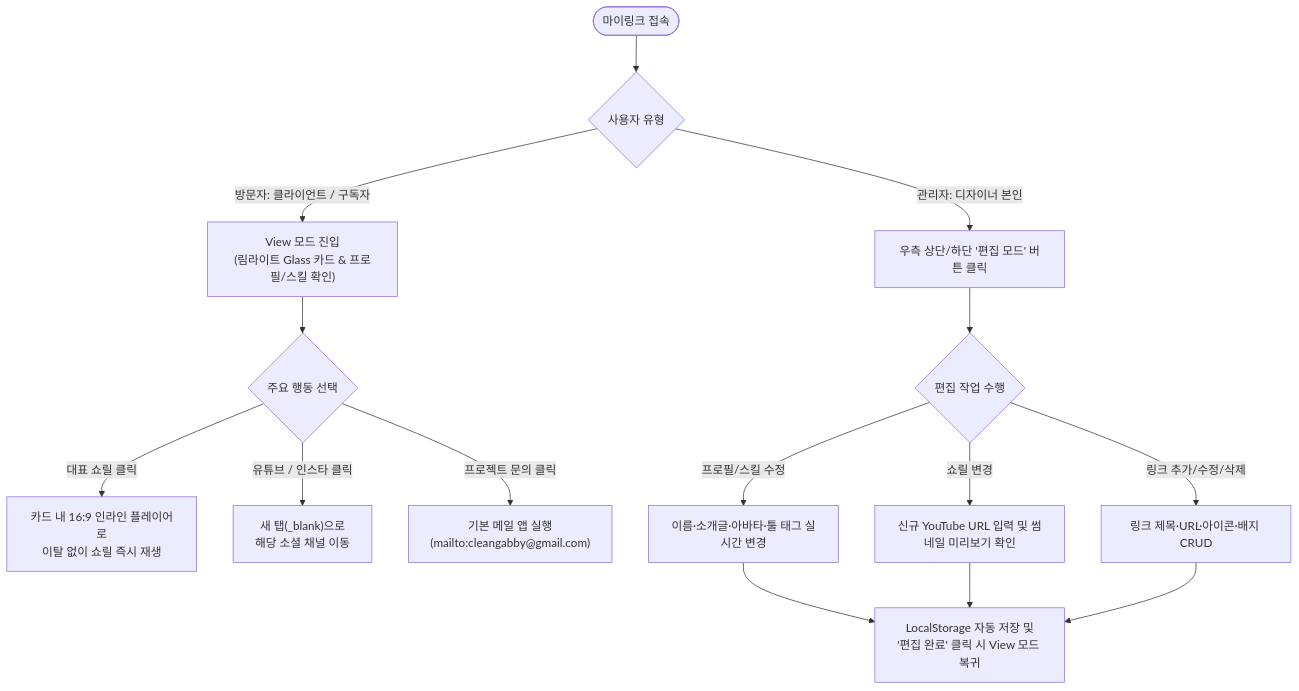
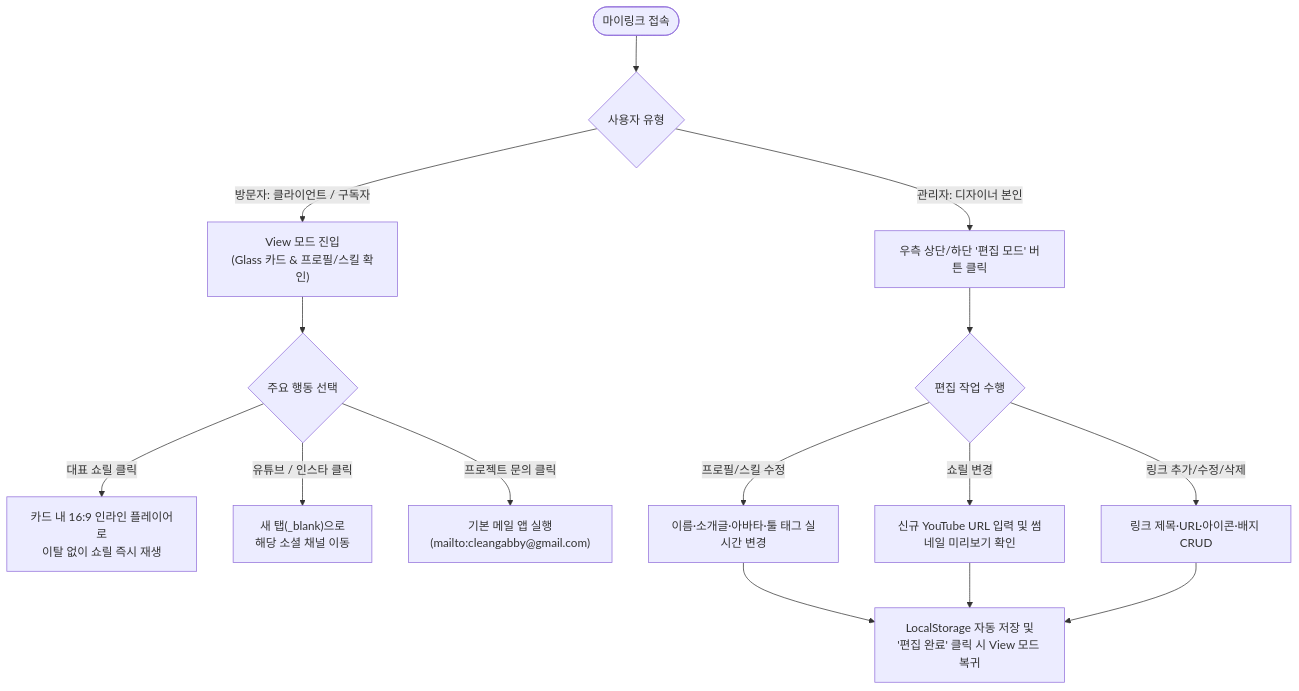
Before and after one commit to SuperSlowStarter/my-link: the second of 2 diagrams in PRD.md, drawn with Mermaid. The commit also changed other lines of this file and 33 other files, not shown here.

````diff
--- a/PRD.md
+++ b/PRD.md
@@ -176,19 +272,19 @@
 ```mermaid
 flowchart TD
   Start(["마이링크 접속"]) --> Role{"사용자 유형"}
 
   %% 방문자 흐름
-  Role -->|방문자: 클라이언트 / 구독자| View["View 모드 진입<br/>(림라이트 Glass 카드 & 프로필/스킬 확인)"]
+  Role -->|방문자: 클라이언트 / 구독자| View["View 모드 진입<br/>(Glass 카드 & 프로필/스킬 확인)"]
   View --> Action{"주요 행동 선택"}
   Action -->|대표 쇼릴 클릭| Play["카드 내 16:9 인라인 플레이어로<br/>이탈 없이 쇼릴 즉시 재생"]
   Action -->|유튜브 / 인스타 클릭| External["새 탭(_blank)으로<br/>해당 소셜 채널 이동"]
   Action -->|프로젝트 문의 클릭| Mail["기본 메일 앱 실행<br/>(mailto:cleangabby@gmail.com)"]
 
   %% 관리자 흐름
   Role -->|관리자: 디자이너 본인| ToggleEdit["우측 상단/하단 '편집 모드' 버튼 클릭"]
   ToggleEdit --> EditAction{"편집 작업 수행"}
   EditAction -->|프로필/스킬 수정| UpdateProfile["이름·소개글·아바타·툴 태그 실시간 변경"]
   EditAction -->|쇼릴 변경| UpdateShowreel["신규 YouTube URL 입력 및 썸네일 미리보기 확인"]
   EditAction -->|링크 추가/수정/삭제| UpdateLinks["링크 제목·URL·아이콘·배지 CRUD"]
   UpdateProfile & UpdateShowreel & UpdateLinks --> Save["LocalStorage 자동 저장 및<br/>'편집 완료' 클릭 시 View 모드 복귀"]
 ```
````
